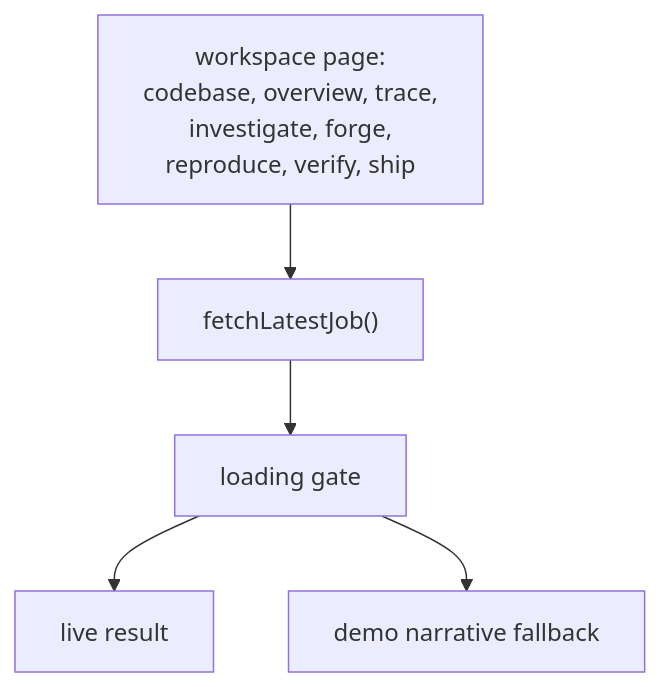
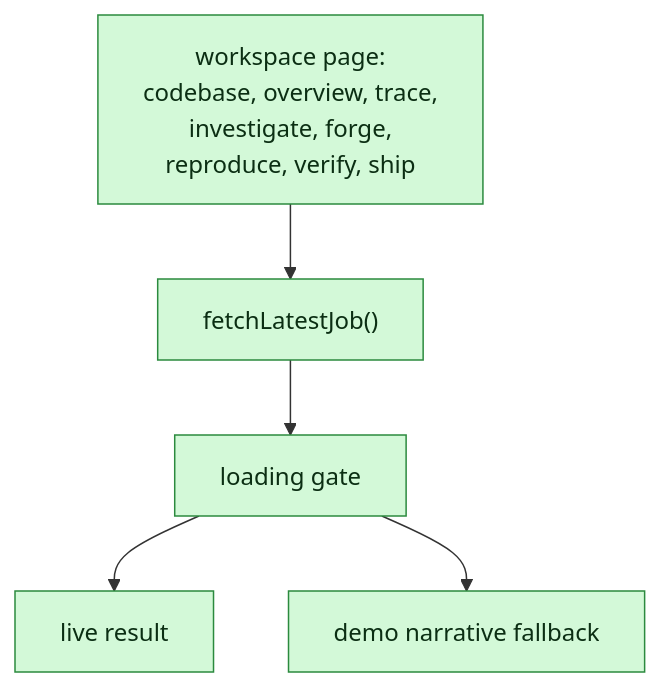
One commit to kaiser1x/hubris changed diagram 12 of 17 in docs/ARCHITECTURE.md. Above: the diagram before and after it, drawn with Mermaid. The commit also changed other lines of this file and 1 other file, not shown here.

First line of the commit message:
docs: fix erDiagram reserved word and color-code architecture maps

````diff
--- a/docs/ARCHITECTURE.md
+++ b/docs/ARCHITECTURE.md
@@ -390,12 +436,15 @@
 ```mermaid
 flowchart TD
     Page["workspace page:<br/>codebase, overview, trace,<br/>investigate, forge,<br/>reproduce, verify, ship"]
     Fetch["fetchLatestJob()"]
     Gate["loading gate"]
     Live["live result"]
     Demo["demo narrative fallback"]
     Page --> Fetch
     Fetch --> Gate
     Gate --> Live
     Gate --> Demo
+
+    classDef live fill:#d3f9d8,stroke:#2b8a3e,color:#0b2e13
+    class Page,Fetch,Gate,Live,Demo live
 ```
````
